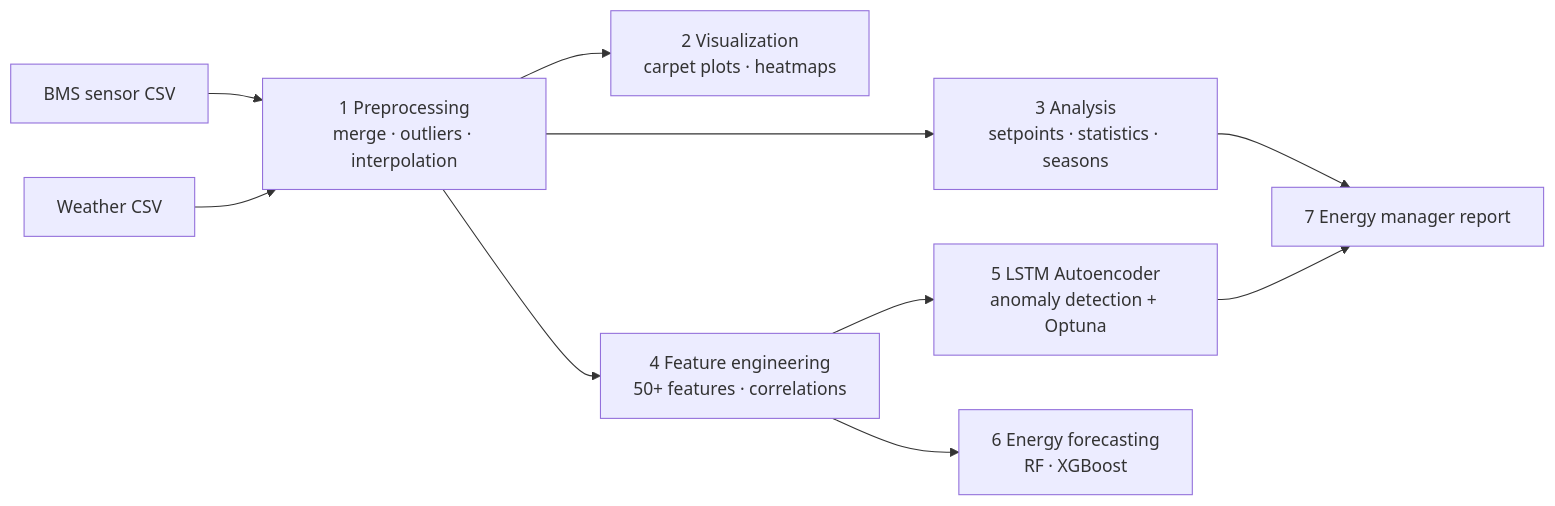
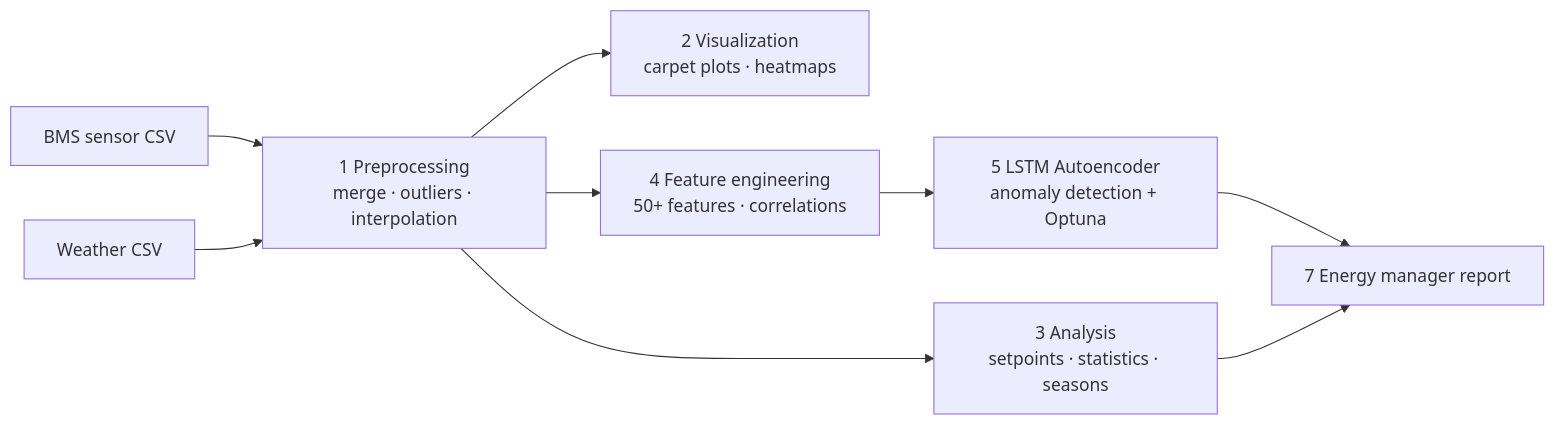
One commit to VaragaHaghoubians/hvac-lstm-anomaly-detection changed the diagram in README.md. Above: the diagram before and after it, drawn with Mermaid. The commit also changed other lines of this file, not shown here.

First line of the commit message:
Update README to remove energy forecasting details

````diff
--- a/README.md
+++ b/README.md
@@ -48,12 +48,11 @@
 ```mermaid
 flowchart LR
     A[BMS sensor CSV] --> C[1 Preprocessing<br/>merge · outliers · interpolation]
     B[Weather CSV] --> C
     C --> D[2 Visualization<br/>carpet plots · heatmaps]
     C --> E[3 Analysis<br/>setpoints · statistics · seasons]
     C --> F[4 Feature engineering<br/>50+ features · correlations]
     F --> G[5 LSTM Autoencoder<br/>anomaly detection + Optuna]
-    F --> H[6 Energy forecasting<br/>RF · XGBoost]
     G --> I[7 Energy manager report]
     E --> I
 ```
````
